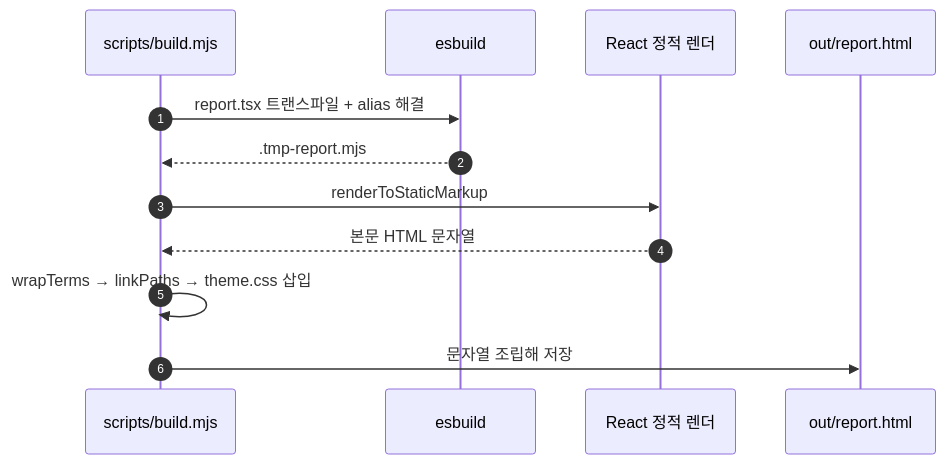
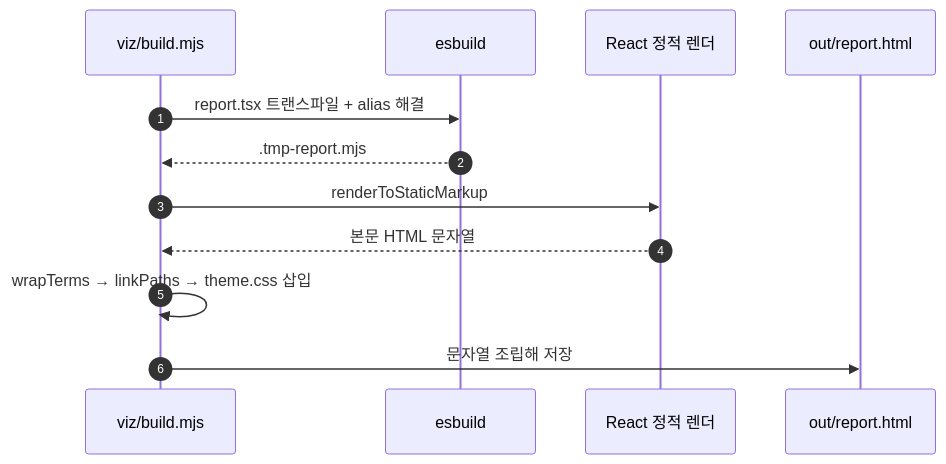
The fourth of 4 diagrams in ARCHITECTURE.md (DogGuyMan/Agent-Report-Build-Pipeline), drawn with Mermaid before and after one commit. The commit also changed other lines of this file and 15 other files, not shown here.

````diff
--- a/ARCHITECTURE.md
+++ b/ARCHITECTURE.md
@@ -293,14 +359,14 @@
 ```mermaid
 sequenceDiagram
   autonumber
-  participant B as scripts/build.mjs
+  participant B as viz/build.mjs
   participant E as esbuild
   participant R as React 정적 렌더
   participant F as out/report.html
   B->>E: report.tsx 트랜스파일 + alias 해결
   E-->>B: .tmp-report.mjs
   B->>R: renderToStaticMarkup
   R-->>B: 본문 HTML 문자열
   B->>B: wrapTerms → linkPaths → theme.css 삽입
   B->>F: 문자열 조립해 저장
 ```
````
